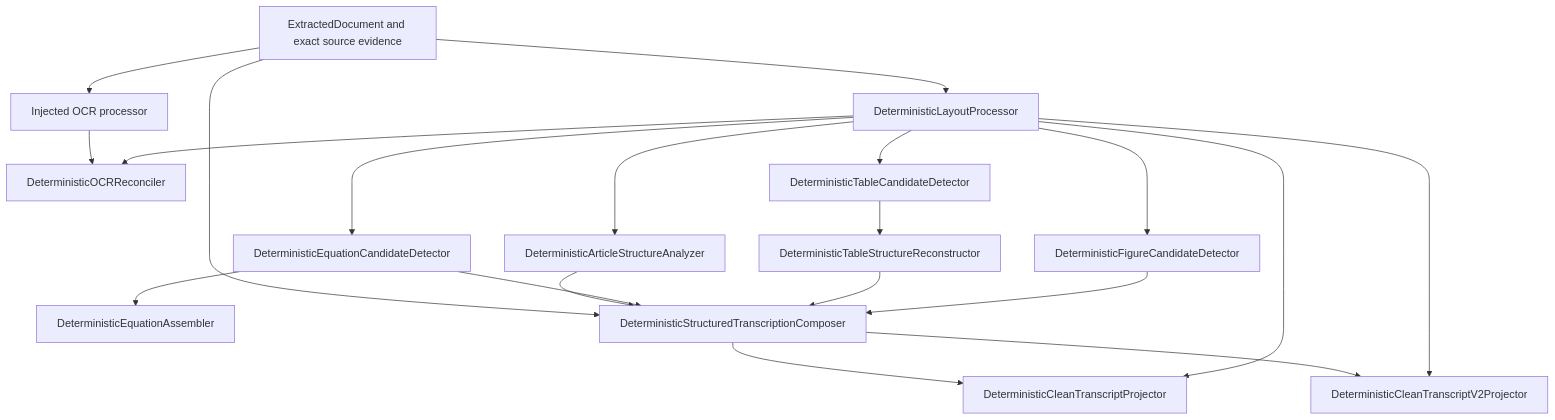
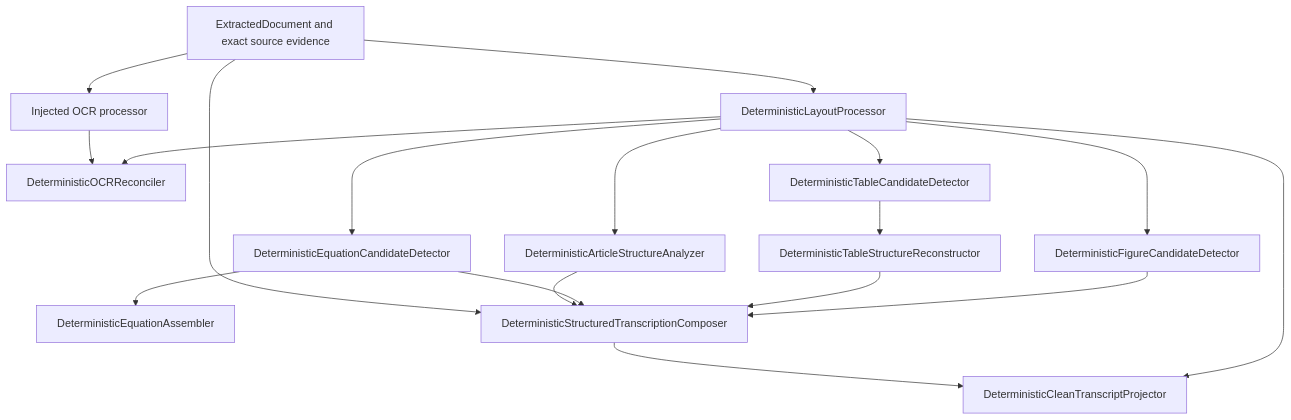
Before and after one commit to eragasa/projectkoios-ingestion: the diagram in docs/architecture/ingestion/v0/deterministic/index.md, drawn with Mermaid. The commit also changed other lines of this file and 37 other files, not shown here.

Commit message:
Collapse clean transcript prototypes into canonical family

````diff
--- a/docs/architecture/ingestion/v0/deterministic/index.md
+++ b/docs/architecture/ingestion/v0/deterministic/index.md
@@ -26,28 +26,26 @@
 ```mermaid
 flowchart TD
     Raw[ExtractedDocument and exact source evidence]
 
     Raw --> Layout[DeterministicLayoutProcessor]
     Raw --> OCR[Injected OCR processor]
     OCR --> Reconcile[DeterministicOCRReconciler]
     Layout --> Reconcile
 
     Layout --> Structure[DeterministicArticleStructureAnalyzer]
     Layout --> Equations[DeterministicEquationCandidateDetector]
     Layout --> Tables[DeterministicTableCandidateDetector]
     Layout --> Figures[DeterministicFigureCandidateDetector]
 
     Equations --> EquationAssembly[DeterministicEquationAssembler]
     Tables --> TableStructure[DeterministicTableStructureReconstructor]
 
     Raw --> Compose[DeterministicStructuredTranscriptionComposer]
     Structure --> Compose
     Equations --> Compose
     TableStructure --> Compose
     Figures --> Compose
 
-    Compose --> CleanV1[DeterministicCleanTranscriptProjector]
-    Compose --> CleanV2[DeterministicCleanTranscriptV2Projector]
-    Layout --> CleanV1
-    Layout --> CleanV2
+    Compose --> Clean[DeterministicCleanTranscriptProjector]
+    Layout --> Clean
 ```
````
